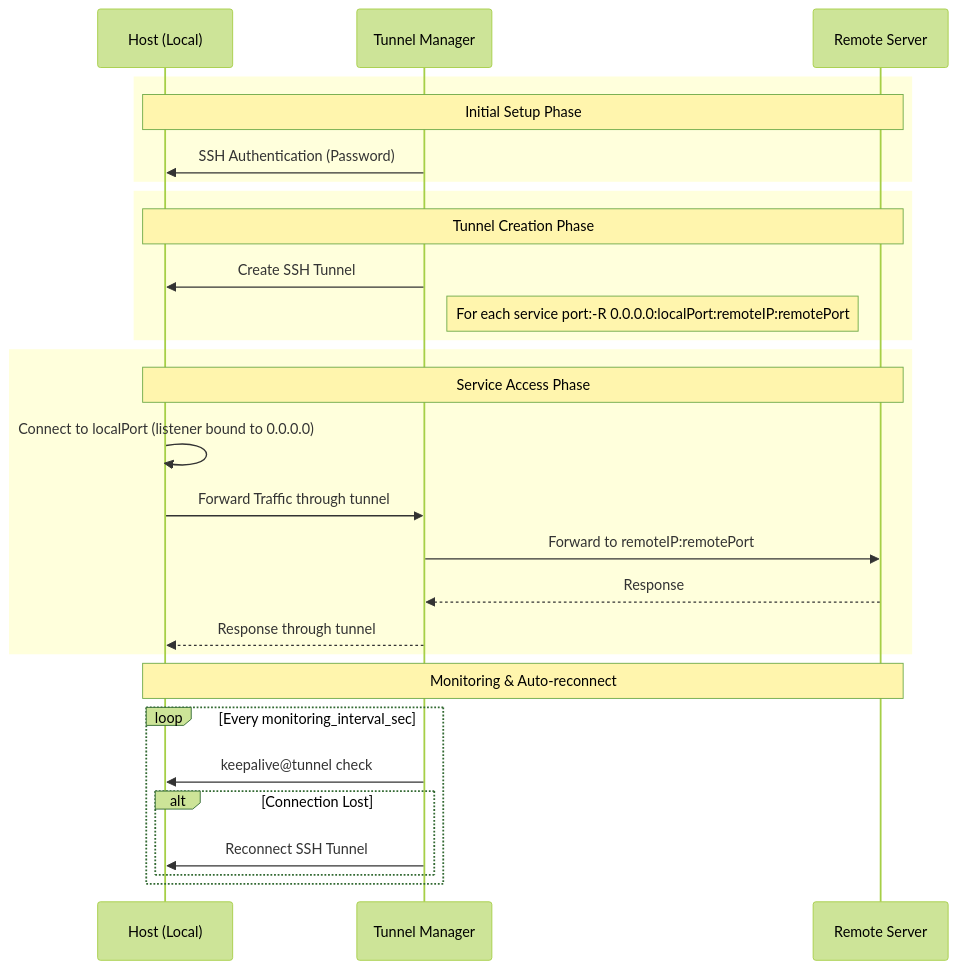
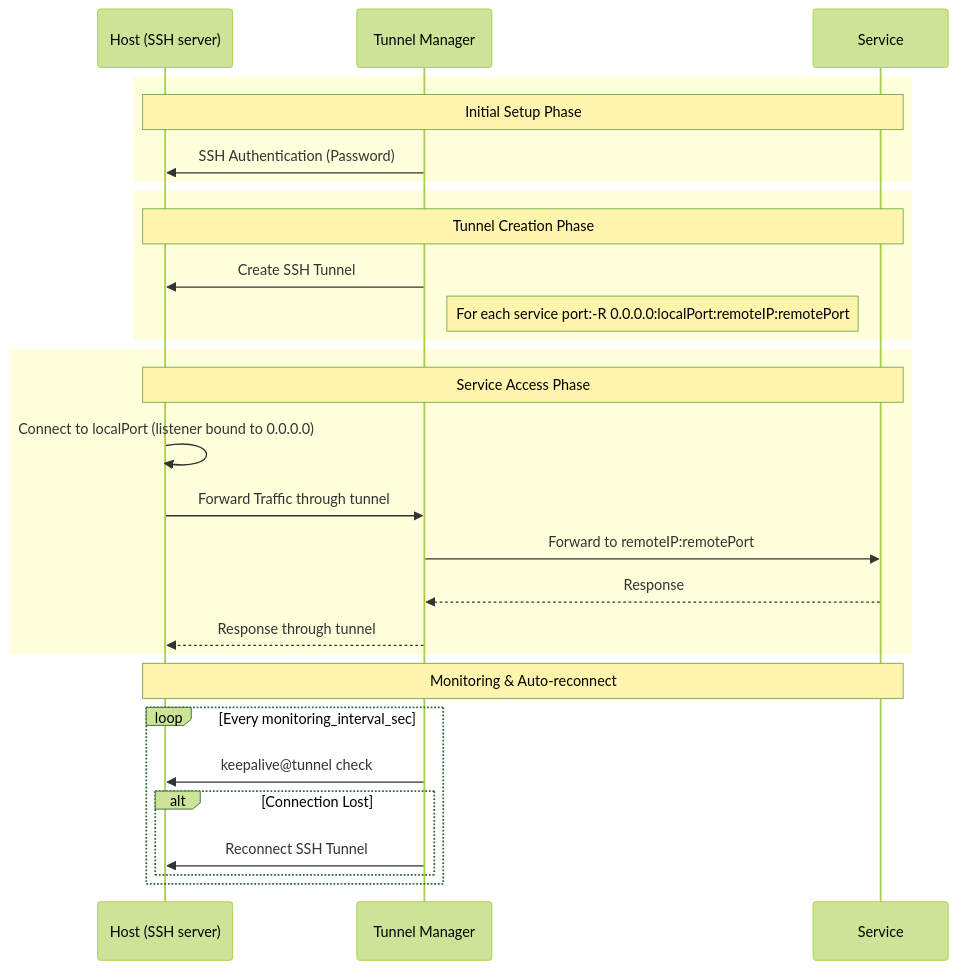
Before and after one commit to jollaman999/tunnel-manager: the diagram in README.md, drawn with Mermaid (forest theme). The commit also changed other lines of this file and 1 other file, not shown here.

````diff
--- a/README.md
+++ b/README.md
@@ -21,34 +95,34 @@
 ```mermaid
 sequenceDiagram
-    participant Host as Host (Local)
+    participant Host as Host (SSH server)
     participant Bastion as Tunnel Manager
-    participant WAS as Remote Server
-    
+    participant WAS as Service
+
     rect rgb(255, 255, 220)
         Note over Host,WAS: Initial Setup Phase
         Bastion->>Host: SSH Authentication (Password)
     end
 
     rect rgb(255, 255, 220)
         Note over Host,WAS: Tunnel Creation Phase
         Bastion->>Host: Create SSH Tunnel
         Note right of Bastion: For each service port:-R 0.0.0.0:localPort:remoteIP:remotePort
     end
-    
+
     rect rgb(255, 255, 220)
         Note over Host,WAS: Service Access Phase
         Host->>Host: Connect to localPort (listener bound to 0.0.0.0)
         Host->>Bastion: Forward Traffic through tunnel
         Bastion->>WAS: Forward to remoteIP:remotePort
         WAS-->>Bastion: Response
         Bastion-->>Host: Response through tunnel
     end
 
     Note over Host,WAS: Monitoring & Auto-reconnect
     loop Every monitoring_interval_sec
         Bastion->>Host: keepalive@tunnel check
         alt Connection Lost
             Bastion->>Host: Reconnect SSH Tunnel
         end
     end
 ```
````
